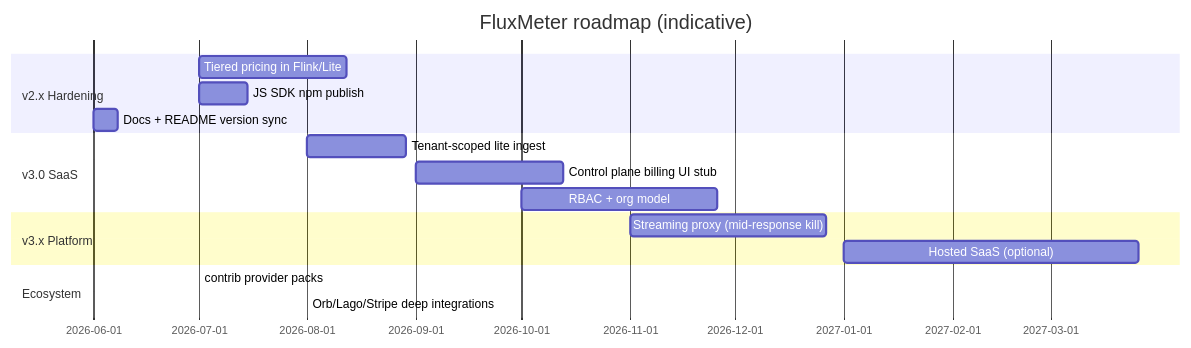
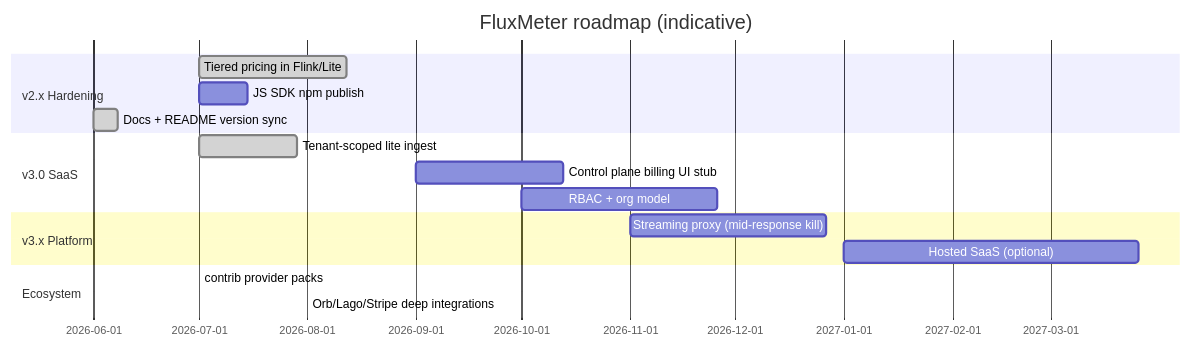
The diagram in ROADMAP.md (10kshuaizhang/fluxmeter), drawn with Mermaid before and after one commit. The commit also changed other lines of this file and 63 other files, not shown here.

````diff
--- a/ROADMAP.md
+++ b/ROADMAP.md
@@ -43,19 +43,19 @@
 ```mermaid
 gantt
     title FluxMeter roadmap (indicative)
     dateFormat YYYY-MM
     section v2.x Hardening
-    Tiered pricing in Flink/Lite     :2026-07, 6w
+    Tiered pricing in Flink/Lite     :done, 2026-07, 6w
     JS SDK npm publish               :2026-07, 2w
-    Docs + README version sync       :2026-06, 1w
+    Docs + README version sync       :done, 2026-06, 1w
     section v3.0 SaaS
-    Tenant-scoped lite ingest        :2026-08, 4w
+    Tenant-scoped lite ingest        :done, 2026-07, 4w
     Control plane billing UI stub    :2026-09, 6w
     RBAC + org model                 :2026-10, 8w
     section v3.x Platform
     Streaming proxy (mid-response kill) :2026-11, 8w
     Hosted SaaS (optional)           :2027-01, 12w
     section Ecosystem
     contrib provider packs           :2026-07, ongoing
     Orb/Lago/Stripe deep integrations :2026-08, ongoing
 ```
````
